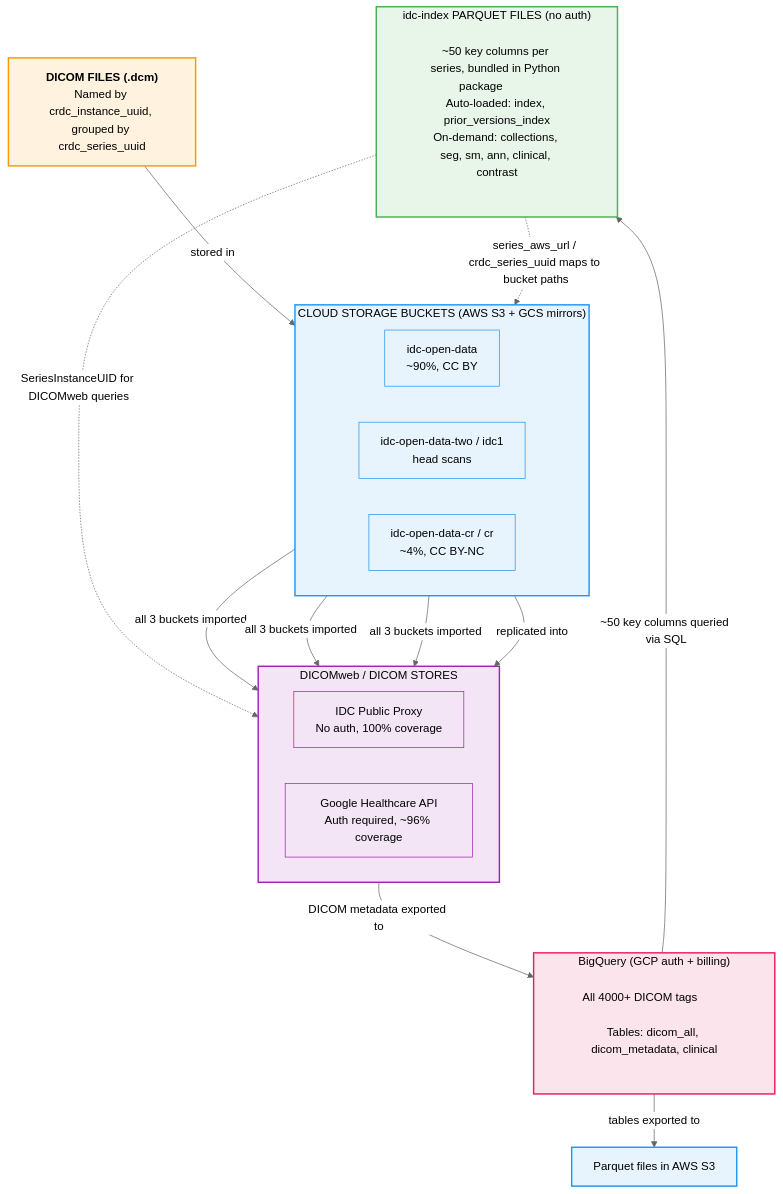
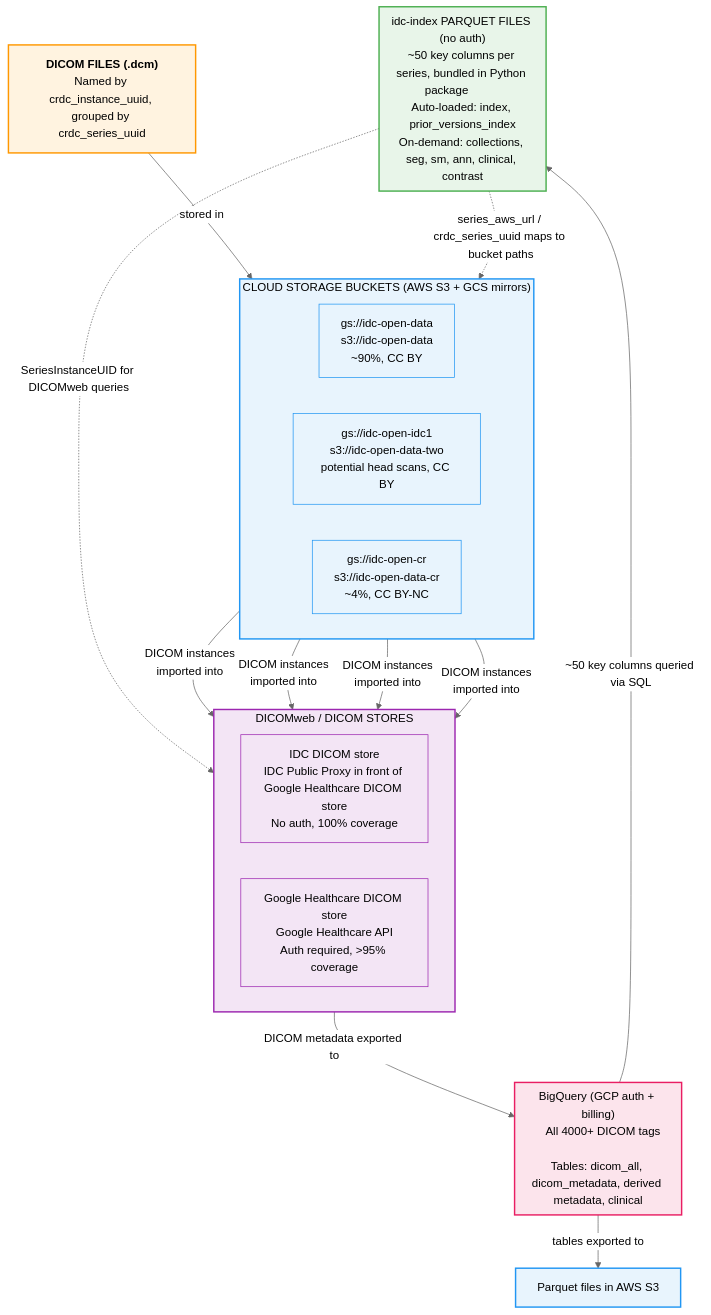
One commit to ImagingDataCommons/IDC-Docs changed the diagram in data/organization-of-data/files-and-metadata.md. Above: the diagram before and after it, drawn with Mermaid (neutral theme).

Commit message:
GITBOOK-468: change request with no subject merged in GitBook

````diff
--- a/data/organization-of-data/files-and-metadata.md
+++ b/data/organization-of-data/files-and-metadata.md
@@ -7,53 +7,42 @@
 ```mermaid
-graph TB
-    DCM["<b>DICOM FILES (.dcm)</b><br/>Named by crdc_instance_uuid, grouped by crdc_series_uuid"]
+flowchart TB
+ subgraph BUCKETS["CLOUD STORAGE BUCKETS (AWS S3 + GCS mirrors)"]
+    direction LR
+        B1["gs://idc-open-data<br>s3://idc-open-data<br>~90%, CC BY"]
+        B2["gs://idc-open-idc1<br>s3://idc-open-data-two<br>potential head scans, CC BY"]
+        B3["gs://idc-open-cr<br>s3://idc-open-data-cr<br>~4%, CC BY-NC"]
+  end
+ subgraph STORES["DICOMweb / DICOM STORES"]
+    direction LR
+        PROXY["IDC DICOM store<br>IDC Public Proxy in front of Google Healthcare DICOM store<br>No auth, 100% coverage"]
+        GHC["Google Healthcare DICOM store<br>Google Healthcare API<br>Auth required, >95% coverage"]
+  end
+ subgraph BQ["BigQuery (GCP auth + billing)<br>&nbsp; &nbsp;&nbsp; &nbsp;All 4000+ DICOM tags &nbsp; &nbsp; &nbsp; &nbsp; &nbsp; &nbsp; &nbsp; &nbsp; &nbsp; &nbsp;<br>Tables: dicom_all, dicom_metadata, derived metadata, clinical"]
+  end
+ subgraph IDX["idc-index PARQUET FILES (no auth)<br>~50 key columns per series, bundled in Python package &nbsp; &nbsp; &nbsp; &nbsp; &nbsp;<br>Auto-loaded: index, prior_versions_index<br>On-demand: collections, seg, sm, ann, clinical, contrast"]
+  end
+    DCM["<b>DICOM FILES (.dcm)</b><br>Named by crdc_instance_uuid, grouped by crdc_series_uuid"] -- stored in --> BUCKETS
+    B1 -- DICOM instances<BR>imported into --> PROXY
+    B2 -- DICOM instances<BR>imported into --> PROXY
+    B3 -- DICOM instances<BR>imported into --> PROXY
+    B1 -- DICOM instances<BR>imported into --> GHC
+    PROXY -- DICOM metadata exported to --> BQ
+    BQ -- ~50 key columns queried via SQL --> IDX
+    BQ -- tables exported to --> S3BQ["Parquet files in AWS S3"]
+    IDX -. SeriesInstanceUID for DICOMweb queries .-> STORES
+    IDX -. series_aws_url / crdc_series_uuid maps to bucket paths .-> BUCKETS
 
-    DCM -->|"stored in"| BUCKETS
-
-    subgraph BUCKETS["CLOUD STORAGE BUCKETS (AWS S3 + GCS mirrors)"]
-        direction LR
-        B1["idc-open-data<br/>~90%, CC BY"]
-        B2["idc-open-data-two / idc1<br/>head scans"]
-        B3["idc-open-data-cr / cr<br/>~4%, CC BY-NC"]
-    end
-
-    B1 & B2 & B3 -->|"all 3 buckets imported"| PROXY
-    B1 -->|"replicated into"| GHC
-
-    subgraph STORES["DICOMweb / DICOM STORES"]
-        direction LR
-        PROXY["IDC Public Proxy<br/>No auth, 100% coverage"]
-        GHC["Google Healthcare API<br/>Auth required, ~96% coverage"]
-    end
-
-    GHC -->|"DICOM metadata exported to"| BQ
-
-    subgraph BQ["BigQuery (GCP auth + billing)"]
-        BQ_DESC["All 4000+ DICOM tags &nbsp; &nbsp; &nbsp; &nbsp; &nbsp; &nbsp; &nbsp; &nbsp; &nbsp; &nbsp;<br/>Tables: dicom_all, dicom_metadata, clinical"]
-    end
-
-    BQ -->|"~50 key columns queried via SQL"| IDX
-    BQ -->|"tables exported to"| S3BQ
-    S3BQ["Parquet files in AWS S3"]
-
-    subgraph IDX["idc-index PARQUET FILES (no auth)"]
-        IDX_DESC["~50 key columns per series, bundled in Python package &nbsp; &nbsp; &nbsp; &nbsp; &nbsp;<br/>Auto-loaded: index, prior_versions_index<br/>On-demand: collections, seg, sm, ann, clinical, contrast"]
-    end
-
-    IDX -.->|"SeriesInstanceUID for DICOMweb queries"| STORES
-    IDX -.->|"series_aws_url / crdc_series_uuid maps to bucket paths"| BUCKETS
-
-    style DCM fill:#fff3e0,stroke:#FF9800,stroke-width:2px,color:#000
-    style BUCKETS fill:#e8f4fd,stroke:#2196F3,stroke-width:2px,color:#000
-    style B1 fill:#e8f4fd,stroke:#2196F3,color:#000
-    style B2 fill:#e8f4fd,stroke:#2196F3,color:#000
-    style B3 fill:#e8f4fd,stroke:#2196F3,color:#000
-    style STORES fill:#f3e5f5,stroke:#9C27B0,stroke-width:2px,color:#000
-    style PROXY fill:#f3e5f5,stroke:#9C27B0,color:#000
-    style GHC fill:#f3e5f5,stroke:#9C27B0,color:#000
-    style BQ fill:#fce4ec,stroke:#E91E63,stroke-width:2px,color:#000
-    style BQ_DESC fill:#fce4ec,stroke:none,color:#000
-    style IDX fill:#e8f5e9,stroke:#4CAF50,stroke-width:2px,color:#000
-    style S3BQ fill:#e8f4fd,stroke:#2196F3,stroke-width:2px,color:#000
-    style IDX_DESC fill:#e8f5e9,stroke:none,color:#000
+    style DCM fill:#fff3e0,stroke:#FF9800,stroke-width:2px,color:#000
+    style BUCKETS fill:#e8f4fd,stroke:#2196F3,stroke-width:2px,color:#000
+    style B1 fill:#e8f4fd,stroke:#2196F3,color:#000
+    style B2 fill:#e8f4fd,stroke:#2196F3,color:#000
+    style B3 fill:#e8f4fd,stroke:#2196F3,color:#000
+    style PROXY fill:#f3e5f5,stroke:#9C27B0,color:#000
+    style GHC fill:#f3e5f5,stroke:#9C27B0,color:#000
+    style BQ fill:#fce4ec,stroke:#E91E63,stroke-width:2px,color:#000
+    %% style BQ_DESC fill:#fce4ec,stroke:none,color:#000
+    style IDX fill:#e8f5e9,stroke:#4CAF50,stroke-width:2px,color:#000
+    style S3BQ fill:#e8f4fd,stroke:#2196F3,stroke-width:2px,color:#000
+    %% style IDX_DESC fill:#e8f5e9,stroke:none,color:#000
+    style STORES fill:#f3e5f5,stroke:#9C27B0,stroke-width:2px,color:#000
 ```
````
